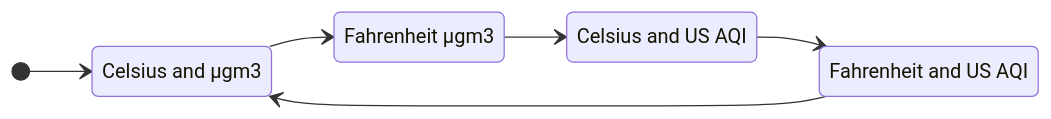
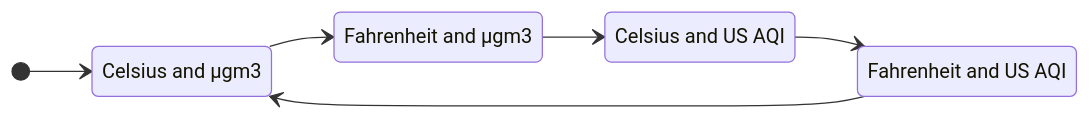
One commit to EricLauber/airgradient_mqtt changed the second of 2 diagrams in docs/implementation/configstatemachine.md. Above: the diagram before and after it, drawn with Mermaid. The commit also changed other lines of this file and 6 other files, not shown here.

````diff
--- a/docs/implementation/configstatemachine.md
+++ b/docs/implementation/configstatemachine.md
@@ -42,15 +42,15 @@
 ```mermaid
 stateDiagram
     direction LR
 
     DisplayConfigTempCμgm3: Celsius and μgm3
-    DisplayConfigTempFμgm3: Fahrenheit μgm3
+    DisplayConfigTempFμgm3: Fahrenheit and μgm3
     DisplayConfigTempCAQI: Celsius and US AQI
     DisplayConfigTempFAQI: Fahrenheit and US AQI
 
     [*] --> DisplayConfigTempCμgm3
     DisplayConfigTempCμgm3 --> DisplayConfigTempFμgm3
     DisplayConfigTempFμgm3 --> DisplayConfigTempCAQI
     DisplayConfigTempCAQI --> DisplayConfigTempFAQI
     DisplayConfigTempFAQI --> DisplayConfigTempCμgm3
 ```
````
